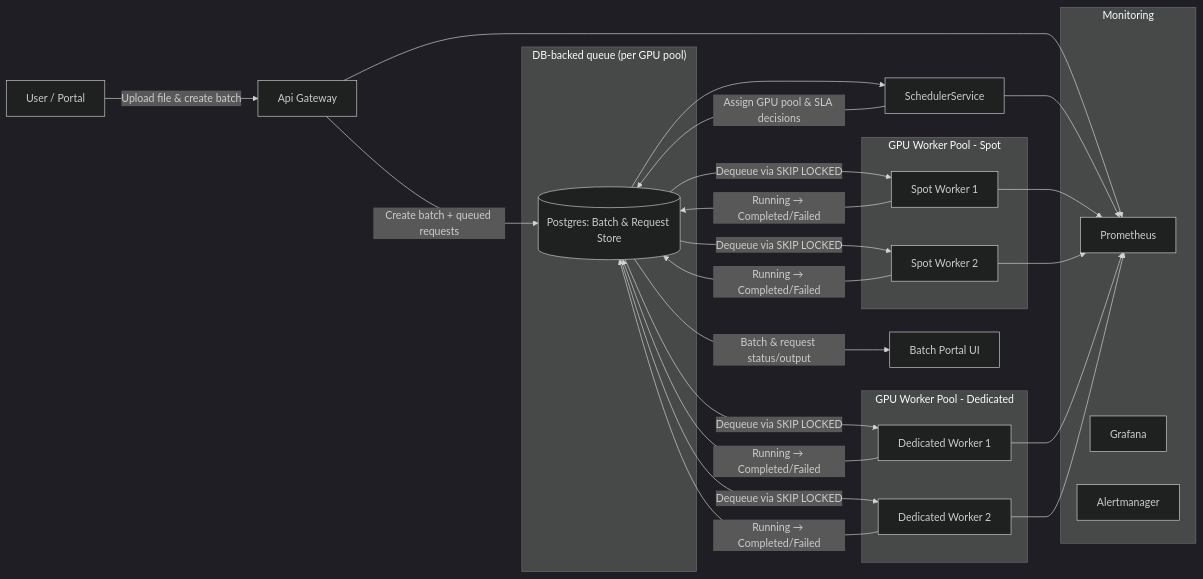
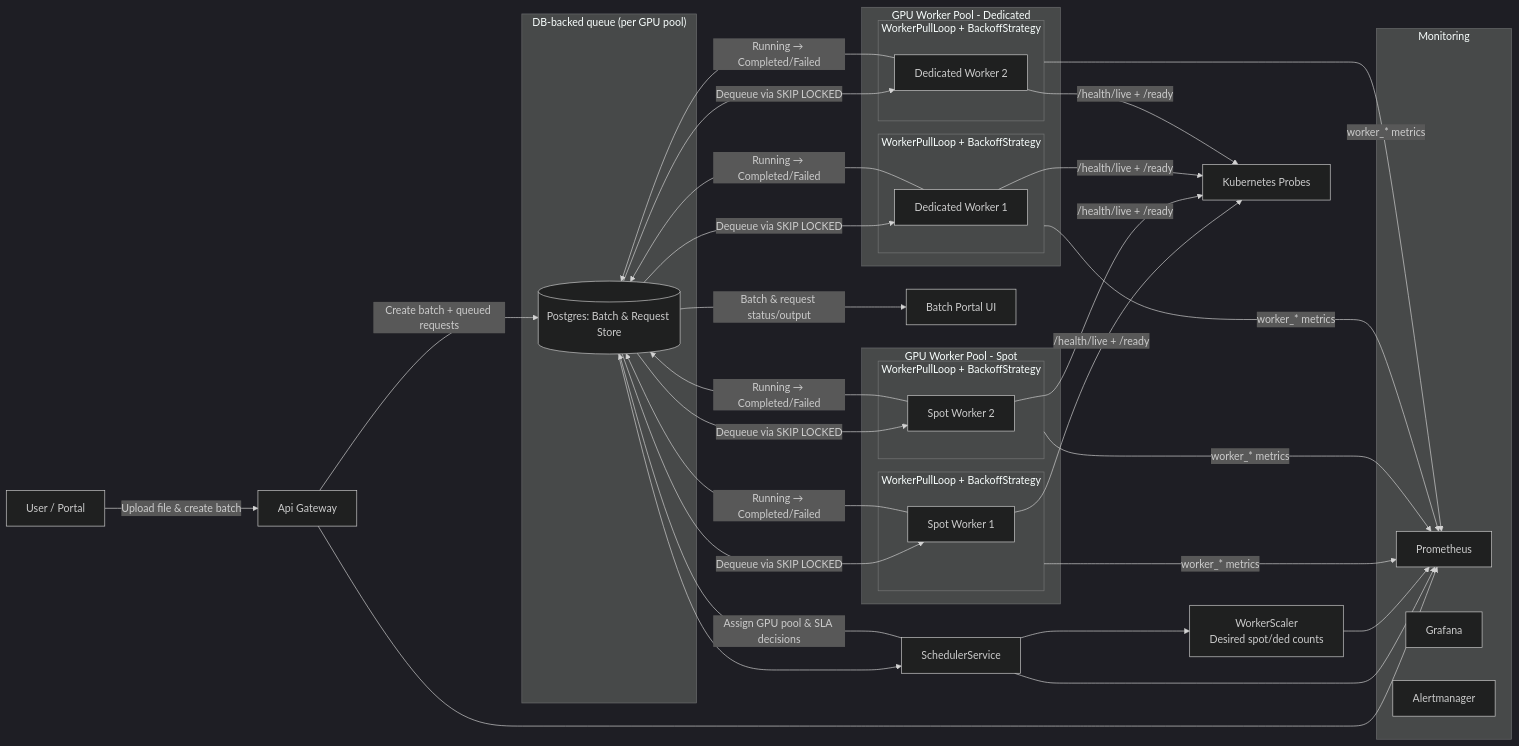
The diagram in README.md (mmeshref/batch-inference-poc), drawn with Mermaid (dark theme) before and after one commit. The commit also changed other lines of this file and 15 other files, not shown here.

Commit message:
Normalize worker status fields and health endpoints

````diff
--- a/README.md
+++ b/README.md
@@ -248,47 +248,62 @@
 ```mermaid
 flowchart LR
     A[User / Portal] -->|Upload file & create batch| B[Api Gateway]
     B -->|Create batch + queued requests| C[(Postgres: Batch & Request Store)]
 
     subgraph Queue["DB-backed queue (per GPU pool)"]
         C
     end
 
     C --> D[SchedulerService]
     D -->|Assign GPU pool & SLA decisions| C
+    D --> WS[WorkerScaler<br/>Desired spot/ded counts]
 
     subgraph SpotWorkers["GPU Worker Pool - Spot"]
-        E1[Spot Worker 1]
-        E2[Spot Worker 2]
+        subgraph SP1["WorkerPullLoop + BackoffStrategy"]
+            E1[Spot Worker 1]
+        end
+        subgraph SP2["WorkerPullLoop + BackoffStrategy"]
+            E2[Spot Worker 2]
+        end
     end
 
     subgraph DedicatedWorkers["GPU Worker Pool - Dedicated"]
-        F1[Dedicated Worker 1]
-        F2[Dedicated Worker 2]
+        subgraph DP1["WorkerPullLoop + BackoffStrategy"]
+            F1[Dedicated Worker 1]
+        end
+        subgraph DP2["WorkerPullLoop + BackoffStrategy"]
+            F2[Dedicated Worker 2]
+        end
     end
 
     C -->|Dequeue via SKIP LOCKED| E1
     C -->|Dequeue via SKIP LOCKED| E2
     C -->|Dequeue via SKIP LOCKED| F1
     C -->|Dequeue via SKIP LOCKED| F2
 
     E1 -->|Running → Completed/Failed| C
     E2 -->|Running → Completed/Failed| C
     F1 -->|Running → Completed/Failed| C
     F2 -->|Running → Completed/Failed| C
 
-    C -->|Batch & request status/output| J[Batch Portal UI]
+    E1 -->|/health/live + /ready| K[Kubernetes Probes]
+    E2 -->|/health/live + /ready| K
+    F1 -->|/health/live + /ready| K
+    F2 -->|/health/live + /ready| K
 
     subgraph Monitoring
         G[Prometheus]
         H[Grafana]
         I[Alertmanager]
     end
 
     B --> G
     D --> G
-    E1 --> G
-    E2 --> G
-    F1 --> G
-    F2 --> G
+    WS --> G
+    SP1 -->|worker_* metrics| G
+    SP2 -->|worker_* metrics| G
+    DP1 -->|worker_* metrics| G
+    DP2 -->|worker_* metrics| G
+
+    C -->|Batch & request status/output| J[Batch Portal UI]
 ```
````
